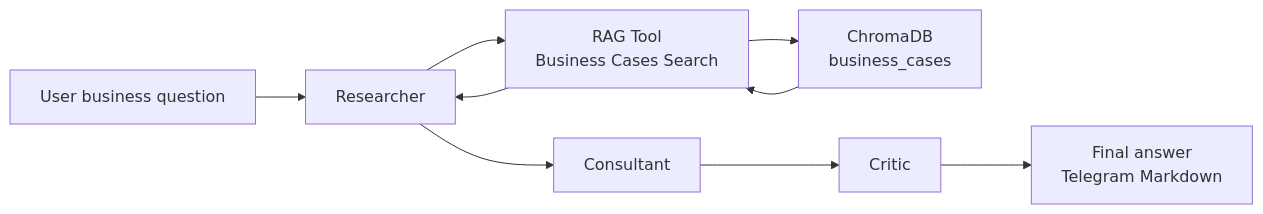
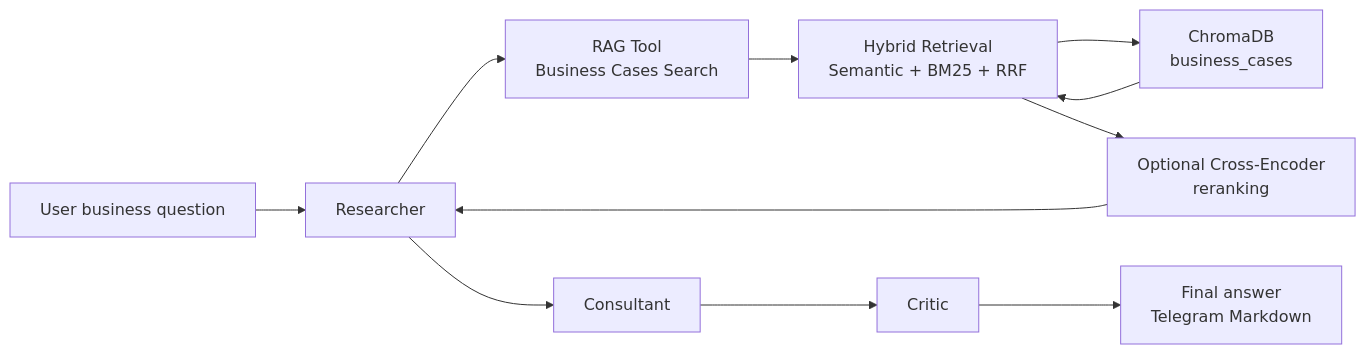
One commit to grinegor/consulting-assistant changed the second of 4 diagrams in docs/architecture.md. Above: the diagram before and after it, drawn with Mermaid. The commit also changed other lines of this file and 25 other files, not shown here.

````diff
--- a/docs/architecture.md
+++ b/docs/architecture.md
@@ -21,11 +21,13 @@
 ```mermaid
 flowchart LR
     Q["User business question"] --> R["Researcher"]
     R --> RT["RAG Tool<br/>Business Cases Search"]
-    RT --> CDB["ChromaDB<br/>business_cases"]
-    CDB --> RT
-    RT --> R
+    RT --> HR["Hybrid Retrieval<br/>Semantic + BM25 + RRF"]
+    HR --> CDB["ChromaDB<br/>business_cases"]
+    HR --> RR["Optional Cross-Encoder<br/>reranking"]
+    CDB --> HR
+    RR --> R
     R --> A["Consultant"]
     A --> C["Critic"]
     C --> F["Final answer<br/>Telegram Markdown"]
 ```
````
